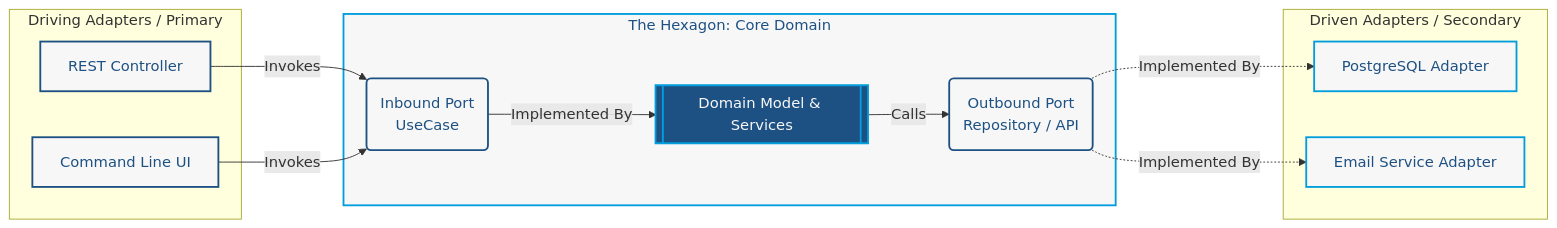
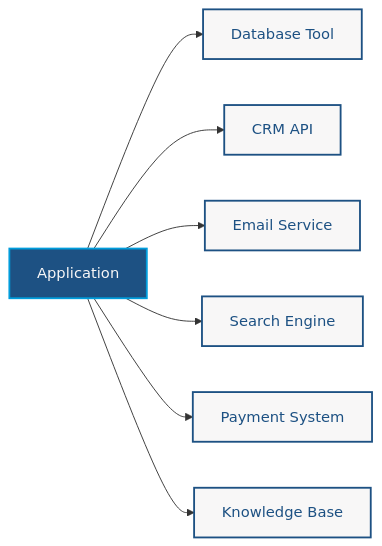
One commit to bpbpublications/Practical-Software-Architecture-Patterns-with-Java changed the diagram in chapter-05/diagrams/diagram-03.md. Above: the diagram before and after it, drawn with Mermaid.

Commit message:
docs: simplify diagram-03.md to show application external integrations

````diff
--- a/chapter-05/diagrams/diagram-03.md
+++ b/chapter-05/diagrams/diagram-03.md
@@ -1,36 +1,17 @@
 ```mermaid
-graph LR
-    subgraph Driving Adapters [Driving Adapters / Primary]
-        REST[REST Controller]
-        CLI[Command Line UI]
-    end
+flowchart LR
+    A[Application] --> B[Database Tool]
+    A --> C[CRM API]
+    A --> D[Email Service]
+    A --> E[Search Engine]
+    A --> F[Payment System]
+    A --> G[Knowledge Base]
 
-    subgraph Hexagon [The Hexagon: Core Domain]
-        InPort(Inbound Port<br>UseCase)
-        Core[[Domain Model & Services]]
-        OutPort(Outbound Port<br>Repository / API)
-        
-        InPort -->|Implemented By| Core
-        Core -->|Calls| OutPort
-    end
-
-    subgraph Driven Adapters [Driven Adapters / Secondary]
-        SQL[PostgreSQL Adapter]
-        SMTP[Email Service Adapter]
-    end
-
-    REST -->|Invokes| InPort
-    CLI -->|Invokes| InPort
-    
-    OutPort -.->|Implemented By| SQL
-    OutPort -.->|Implemented By| SMTP
-
-    style REST fill:#F8F7F7,stroke:#1D5183,stroke-width:2px,color:#1D5183
-    style CLI fill:#F8F7F7,stroke:#1D5183,stroke-width:2px,color:#1D5183
-    style Hexagon fill:#F8F7F7,stroke:#019DDC,stroke-width:2px,color:#1D5183
-    style InPort fill:#F8F7F7,stroke:#1D5183,stroke-width:2px,color:#1D5183
-    style Core fill:#1D5183,stroke:#019DDC,stroke-width:2px,color:#F8F7F7
-    style OutPort fill:#F8F7F7,stroke:#1D5183,stroke-width:2px,color:#1D5183
-    style SQL fill:#F8F7F7,stroke:#019DDC,stroke-width:2px,color:#1D5183
-    style SMTP fill:#F8F7F7,stroke:#019DDC,stroke-width:2px,color:#1D5183
+    style A fill:#1D5183,stroke:#019DDC,stroke-width:2px,color:#F8F7F7
+    style B fill:#F8F7F7,stroke:#1D5183,stroke-width:2px,color:#1D5183
+    style C fill:#F8F7F7,stroke:#1D5183,stroke-width:2px,color:#1D5183
+    style D fill:#F8F7F7,stroke:#1D5183,stroke-width:2px,color:#1D5183
+    style E fill:#F8F7F7,stroke:#1D5183,stroke-width:2px,color:#1D5183
+    style F fill:#F8F7F7,stroke:#1D5183,stroke-width:2px,color:#1D5183
+    style G fill:#F8F7F7,stroke:#1D5183,stroke-width:2px,color:#1D5183
 ```
````
